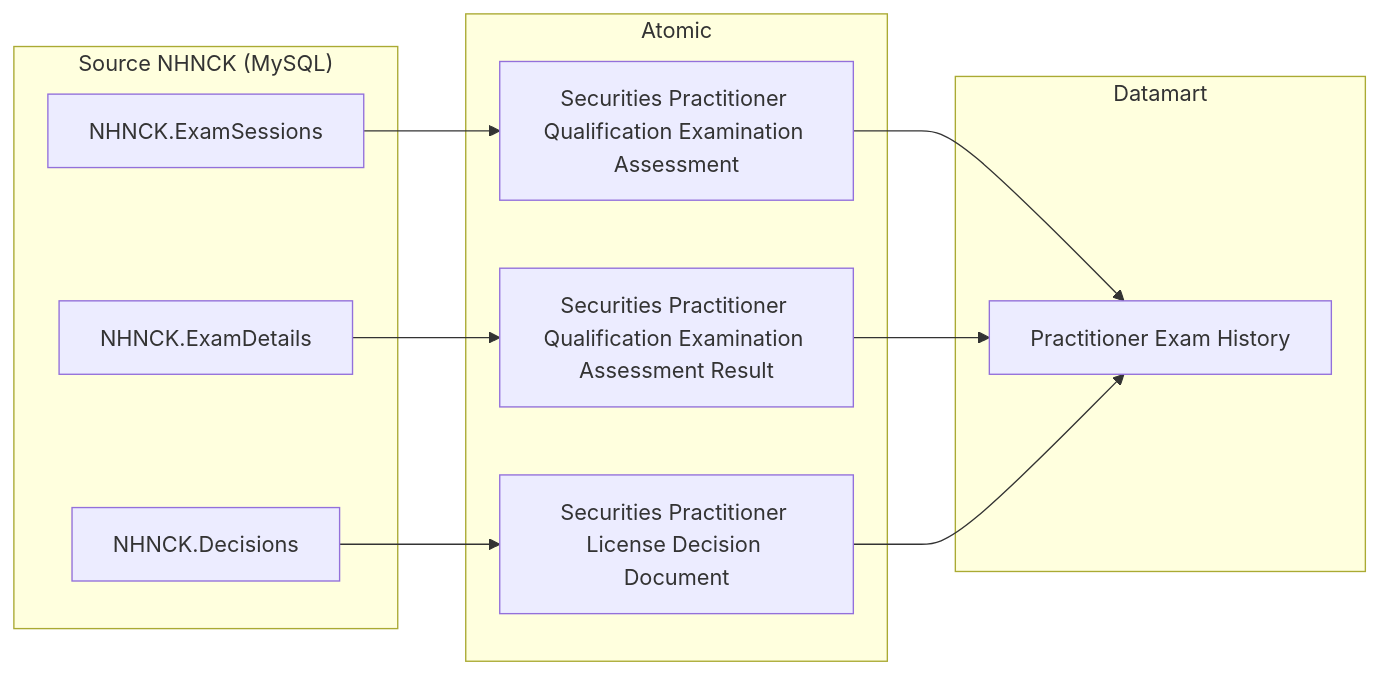
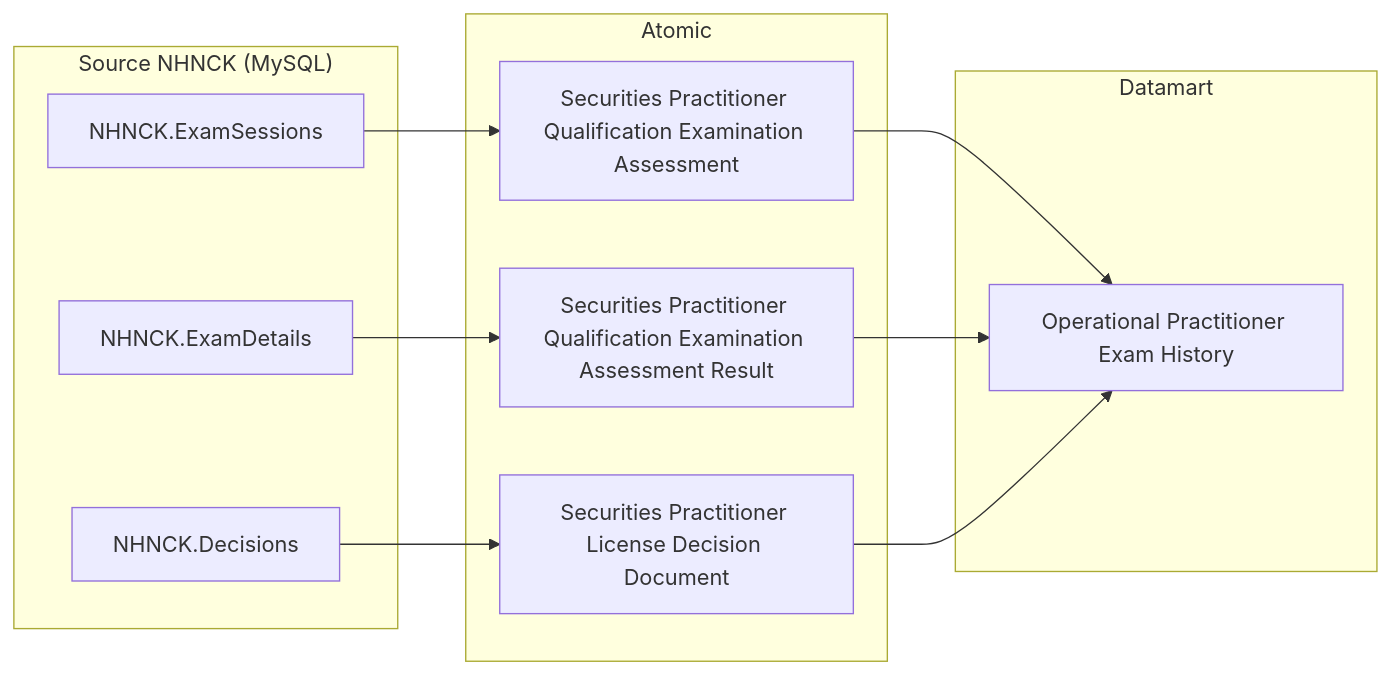
Before and after one commit to linhlvit/ubck_atomic_design: the ninth of 40 diagrams in Datamart/hld/DTM_NHNCK_HLD.md, drawn with Mermaid. The commit also changed other lines of this file and 52 other files, not shown here.

````diff
--- a/Datamart/hld/DTM_NHNCK_HLD.md
+++ b/Datamart/hld/DTM_NHNCK_HLD.md
@@ -277,26 +277,26 @@
 ```mermaid
 flowchart LR
     subgraph SRC["Source NHNCK (MySQL)"]
         S1["NHNCK.ExamSessions"]
         S2["NHNCK.ExamDetails"]
         S3["NHNCK.Decisions"]
     end
 
     subgraph SIL["Atomic"]
         SV1["Securities Practitioner Qualification Examination Assessment"]
         SV2["Securities Practitioner Qualification Examination Assessment Result"]
         SV3["Securities Practitioner License Decision Document"]
     end
 
     subgraph Datamart["Datamart"]
-        G1["Practitioner Exam History"]
+        G1["Operational Practitioner Exam History"]
     end
 
     S1 --> SV1
     S2 --> SV2
     S3 --> SV3
 
     SV1 --> G1
     SV2 --> G1
     SV3 --> G1
 ```
````
